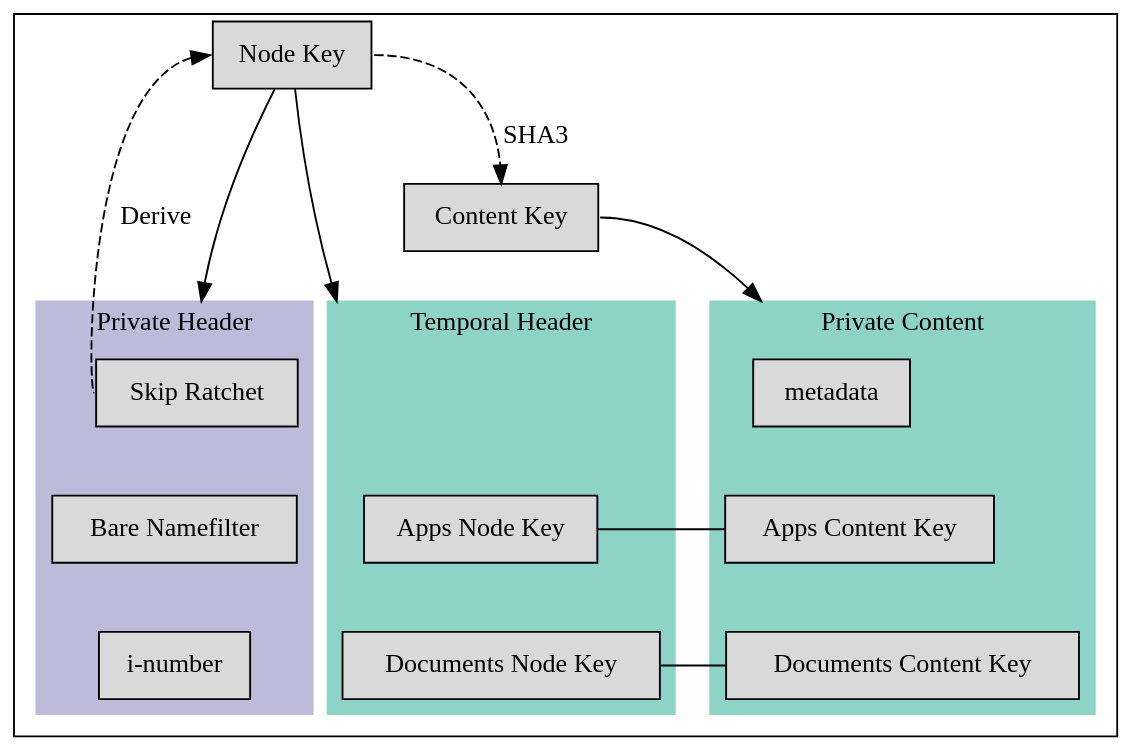
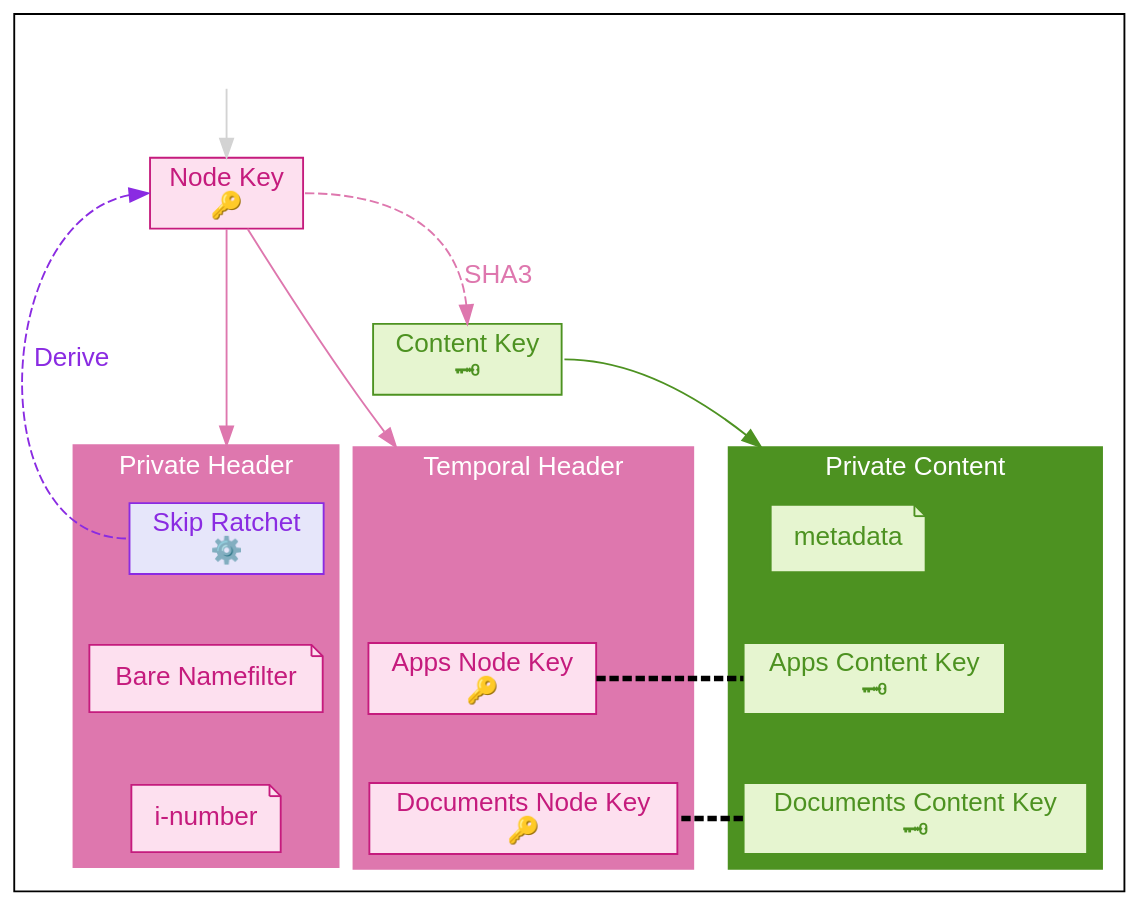
One commit to wnfs-wg/spec changed the diagram in spec/diagrams/decryption_pointer.dot. Above: the diagram before and after it, drawn with Graphviz.

Commit message:
Okay feeling pretty good about dot at the moment

```diff
--- a/spec/diagrams/decryption_pointer.dot
+++ b/spec/diagrams/decryption_pointer.dot
@@ -1,58 +1,130 @@
 digraph G {
-    compound = true;
-    edge [colorscheme="set312" color=black];
-    node [shape=box colorscheme="set312" style=filled fillcolor=9 color=black];
-    graph [colorscheme="set312" color=1 style=filled];
+    #########
+    # SETUP #
+    #########
 
-    node_key [label = "Node Key"];
-    content_key [label = "Content Key"];
+    compound = true
+    fontname = "Helvetica"
+
+    edge [
+        colorscheme = "piyg11"
+        color = black
+        fontname = "Helvetica"
+    ];
+
+    node [
+        shape = box
+        colorscheme = "piyg11"
+        style = filled
+        fillcolor = 5
+        color = black
+        fontname = "Helvetica"
+        color=2
+        fontcolor=2
+    ];
+
+    graph [
+        colorscheme="piyg11"
+        color=10
+        style = filled
+        fontcolor=white
+    ];
+
+    ##############
+    # FREE NODES #
+    ##############
+
+    invis_parent [style = invis]
+    node_key [label = "Node Key\n🔑" color = 2  fontcolor = 2]
+    content_key [label = "Content Key\n🗝" color=10 fontcolor = 10 fillcolor=7]
+
+    ############
+    # CLUSTERS #
+    ############
 
     subgraph cluster_private_header {
-        label = "Private Header";
+        label = "Private Header"
         color=3
 
-        skip_ratchet [label="Skip Ratchet"];
-        bare_nf [label="Bare Namefilter"];
-        i_number [label="i-number"]
+        skip_ratchet [label = "Skip Ratchet\n⚙️" color = blueviolet fontcolor = blueviolet fillcolor=lavender]
+        bare_nf [label = "Bare Namefilter" shape = note]
+        i_number [label = "i-number" shape = note]
 
-        skip_ratchet -> bare_nf -> i_number [style=invis];
+        skip_ratchet -> bare_nf -> i_number [style=invis]
     }
 
     subgraph cluster_temporal_header {
-        label = "Temporal Header";
+        label = "Temporal Header"
+        color = 3
 
-        apps_header_key [label="Apps Node Key"];
-        docs_header_key [label="Documents Node Key"];
-        invis_header [style=invis];
+        apps_header_key [label = "Apps Node Key\n🔑"]
+        docs_header_key [label = "Documents Node Key\n🔑"]
+        invis_header [style = invis]
 
-        invis_header -> apps_header_key -> docs_header_key  [style=invis];
+        invis_header -> apps_header_key -> docs_header_key  [style=invis]
     }
 
     subgraph cluster_private_content {
-        label = "Private Content";
+        label = "Private Content"
 
-        metadata;
+        node [
+            color=10
+            fontcolor=10
+            fillcolor=7
+        ]
 
-        apps_content_key [label="Apps Content Key"];
-        docs_content_key [label="Documents Content Key"];
+        metadata [shape = note]
+
+        apps_content_key [label="Apps Content Key\n🗝"]
+        docs_content_key [label="Documents Content Key\n🗝"]
 
         metadata -> apps_content_key -> docs_content_key [style=invis];
     }
 
-    node_key:e -> content_key:n [label=SHA3 style=dashed];
-    node_key:w -> skip_ratchet:w [dir=back style=dashed label="Derive"];
+    #########
+    # EDGES #
+    #########
 
-    content_key:e -> metadata [lhead=cluster_private_content];
+    node_key:e -> content_key:n [
+        label="SHA3"
+        style=dashed
+        color=3
+        fontcolor=3
+    ]
 
-    node_key -> skip_ratchet:n [lhead=cluster_private_header];
-    node_key -> apps_header_key [lhead=cluster_temporal_header];
+    node_key:w -> skip_ratchet:w [
+        dir = back
+        style = dashed
+        label = "Derive"
+        color = blueviolet
+        fontcolor = blueviolet
+    ]
 
-    apps_header_key -> apps_content_key [arrowtail=none dir=back];
-    docs_content_key -> docs_header_key [arrowhead=none];
+    invis_parent -> node_key [color = lightgray weight = 10]
+    content_key:e -> metadata [lhead = cluster_private_content color=10]
 
-    # Pure Layout
-    content_key:s -> invis_header:n [lhead=cluster_temporal_header style=invis];
-    content_key:s -> skip_ratchet:n [lhead=cluster_temporal_header style=invis];
-    skip_ratchet -> apps_header_key [lhead=cluster_private_header style=invis];
-    apps_header_key -> skip_ratchet [style=invis];
+    node_key -> skip_ratchet [lhead = cluster_private_header color = 3 weight=10]
+    node_key -> invis_header [lhead = cluster_temporal_header color = 3]
+
+    apps_header_key -> apps_content_key [
+        penwidth = 3
+        arrowtail = none
+        dir = back
+        style = dashed
+    ]
+
+    docs_content_key -> docs_header_key [
+        penwidth = 3
+        arrowhead = none
+        style = dashed
+    ]
+
+    ################
+    # LAYOUT HACKS #
+    ################
+
+    content_key:s -> invis_header:n [lhead=cluster_temporal_header style=invis]
+    content_key:s -> skip_ratchet:n [lhead=cluster_temporal_header style=invis]
+    skip_ratchet -> apps_header_key [lhead=cluster_private_header style=invis]
+    apps_header_key -> skip_ratchet [style=invis]
 }
```
